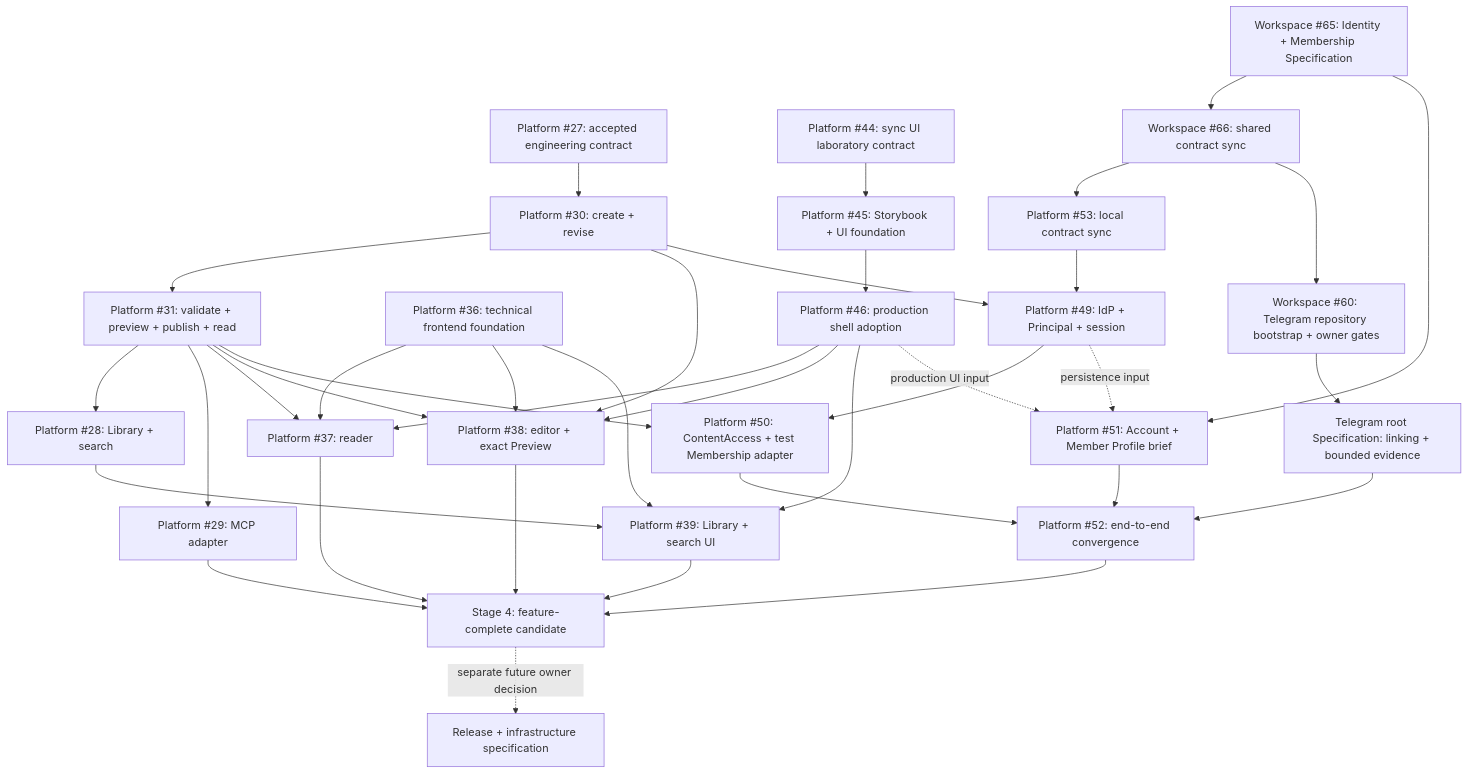
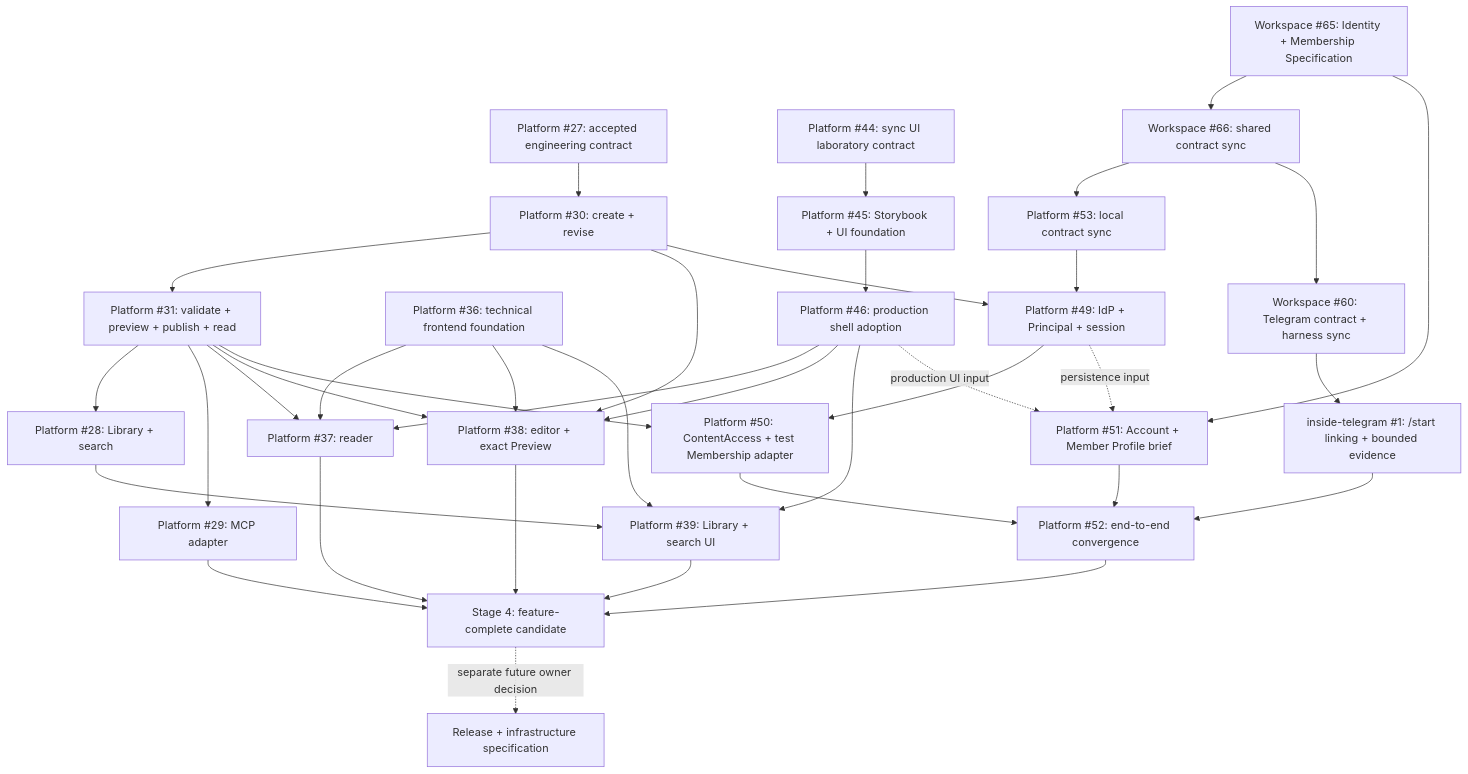
Before and after one commit to sachkov-inside/workspace: the second of 2 diagrams in docs/specifications/platform-v1.md, drawn with Mermaid. The commit also changed other lines of this file and 12 other files, not shown here.

First line of the commit message:
docs: synchronize Telegram start and membership contracts

````diff
--- a/docs/specifications/platform-v1.md
+++ b/docs/specifications/platform-v1.md
@@ -563,46 +573,46 @@
 ```mermaid
 flowchart TD
     E[Platform #27: accepted engineering contract] --> DRAFT[Platform #30: create + revise]
     DRAFT --> LIFE[Platform #31: validate + preview + publish + read]
     LIFE --> LIB[Platform #28: Library + search]
     LIFE --> MCP[Platform #29: MCP adapter]
 
     F[Platform #36: technical frontend foundation] --> READER[Platform #37: reader]
     F --> EDITOR[Platform #38: editor + exact Preview]
     F --> DISCOVERY[Platform #39: Library + search UI]
 
     SYNC[Platform #44: sync UI laboratory contract] --> LAB[Platform #45: Storybook + UI foundation]
     LAB --> SHELL[Platform #46: production shell adoption]
     SHELL --> READER
     SHELL --> EDITOR
     SHELL --> DISCOVERY
 
     LIFE --> READER
     DRAFT --> EDITOR
     LIFE --> EDITOR
     LIB --> DISCOVERY
 
     S65[Workspace #65: Identity + Membership Specification] --> C66[Workspace #66: shared contract sync]
     C66 --> P53[Platform #53: local contract sync]
-    C66 --> B60[Workspace #60: Telegram repository bootstrap + owner gates]
+    C66 --> B60[Workspace #60: Telegram contract + harness sync]
     DRAFT --> ID49[Platform #49: IdP + Principal + session]
     P53 --> ID49
     ID49 --> ACCESS50[Platform #50: ContentAccess + test Membership adapter]
     LIFE --> ACCESS50
 
     S65 --> PROFILE51[Platform #51: Account + Member Profile brief]
     ID49 -. persistence input .-> PROFILE51
     SHELL -. production UI input .-> PROFILE51
 
-    B60 --> TG[Telegram root Specification: linking + bounded evidence]
+    B60 --> TG[inside-telegram #1: /start linking + bounded evidence]
     ACCESS50 --> JOIN52[Platform #52: end-to-end convergence]
     PROFILE51 --> JOIN52
     TG --> JOIN52
 
     READER --> S4[Stage 4: feature-complete candidate]
     EDITOR --> S4
     DISCOVERY --> S4
     MCP --> S4
     JOIN52 --> S4
     S4 -. separate future owner decision .-> R[Release + infrastructure specification]
 ```
````
